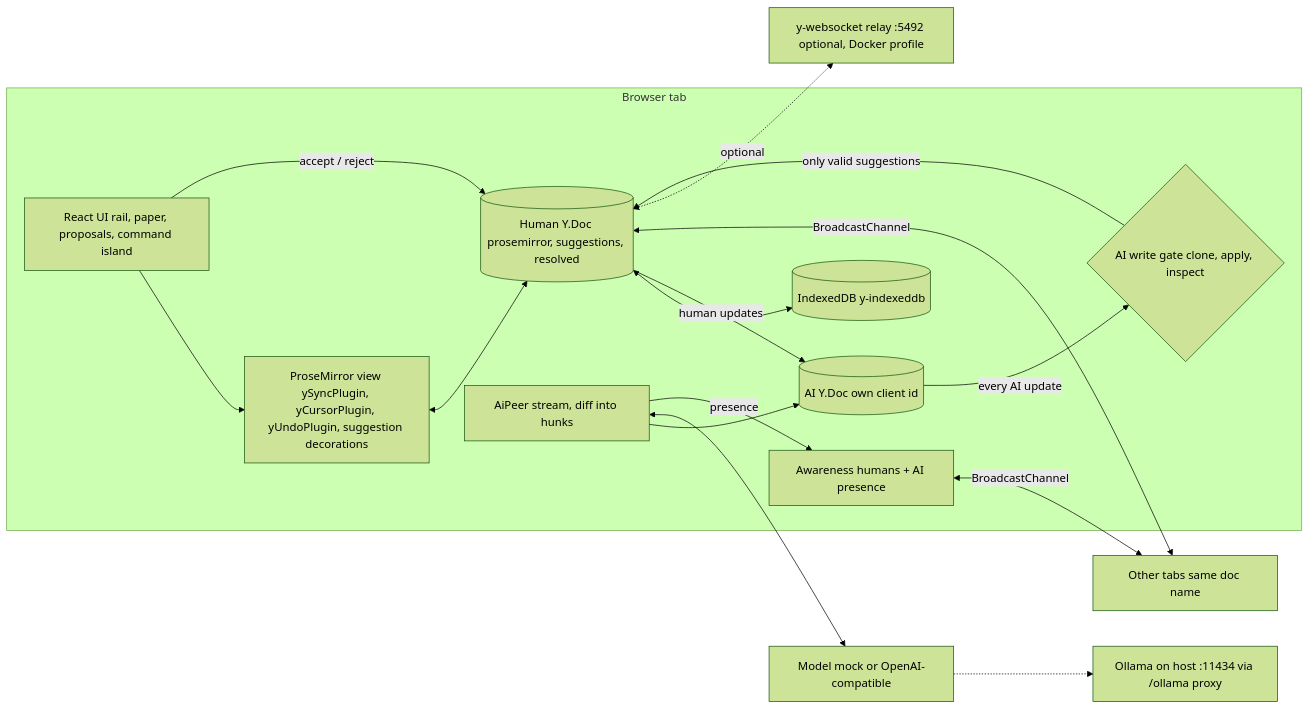
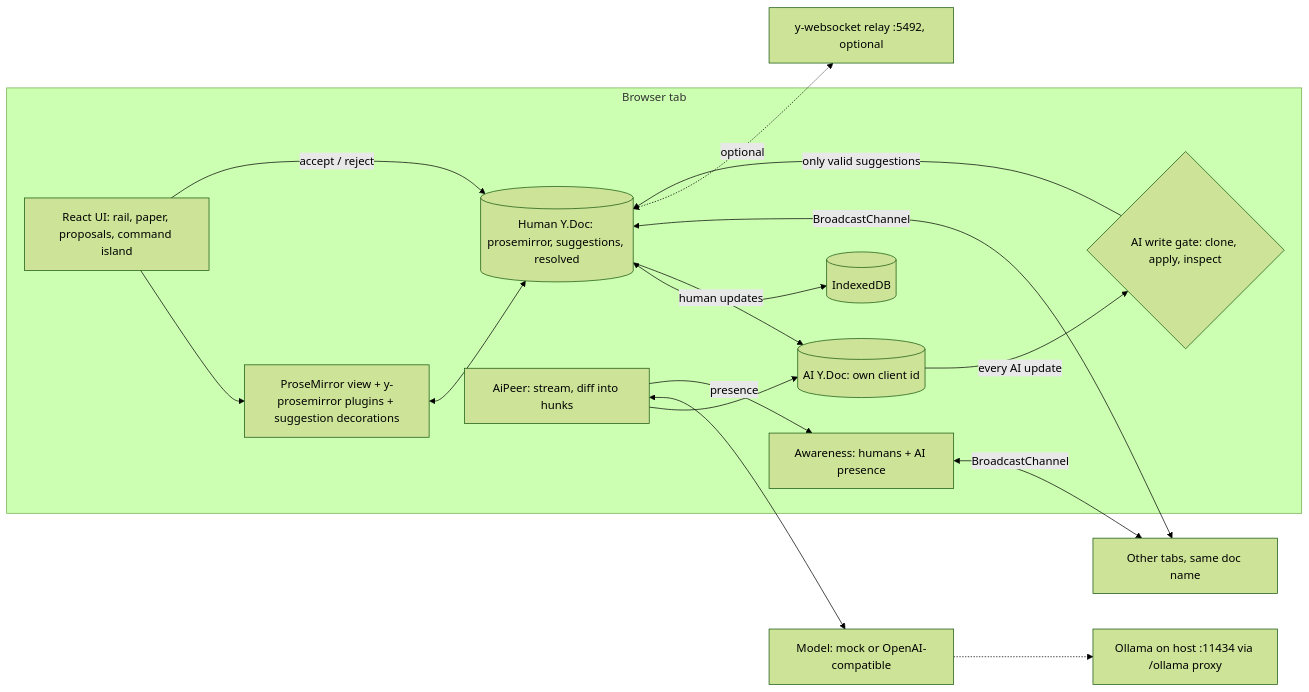
Before and after one commit to sathwikbairaboina2/co-author: the diagram in docs/DEVDOCS.md, drawn with Mermaid (forest theme). The commit also changed other lines of this file and 2 other files, not shown here.

````diff
--- a/docs/DEVDOCS.md
+++ b/docs/DEVDOCS.md
@@ -26,32 +37,32 @@
 ```mermaid
 flowchart LR
   subgraph Tab["Browser tab"]
-    UI["React UI rail, paper, proposals, command island"]
-    PM["ProseMirror view ySyncPlugin, yCursorPlugin, yUndoPlugin, suggestion decorations"]
-    HD[("Human Y.Doc prosemirror, suggestions, resolved")]
-    AW["Awareness humans + AI presence"]
-    GATE{"AI write gate clone, apply, inspect"}
-    AID[("AI Y.Doc own client id")]
-    AIP["AiPeer stream, diff into hunks"]
-    IDB[("IndexedDB y-indexeddb")]
+    UI["React UI: rail, paper, proposals, command island"]
+    PM["ProseMirror view + y-prosemirror plugins + suggestion decorations"]
+    HD[("Human Y.Doc: prosemirror, suggestions, resolved")]
+    AW["Awareness: humans + AI presence"]
+    GATE{"AI write gate: clone, apply, inspect"}
+    AID[("AI Y.Doc: own client id")]
+    AIP["AiPeer: stream, diff into hunks"]
+    IDB[("IndexedDB")]
   end
-  MODEL["Model mock or OpenAI-compatible"]
+  MODEL["Model: mock or OpenAI-compatible"]
   OLLAMA["Ollama on host :11434 via /ollama proxy"]
-  OTHER["Other tabs same doc name"]
-  RELAY["y-websocket relay :5492 optional, Docker profile"]
+  OTHER["Other tabs, same doc name"]
+  RELAY["y-websocket relay :5492, optional"]
 
   UI --> PM
   PM <--> HD
   HD <--> IDB
   HD -- "human updates" --> AID
   AID -- "every AI update" --> GATE
   GATE -- "only valid suggestions" --> HD
   AIP --> AID
   AIP <--> MODEL
   MODEL -.-> OLLAMA
   AIP -- "presence" --> AW
   HD <-- "BroadcastChannel" --> OTHER
   AW <-- "BroadcastChannel" --> OTHER
   HD <-. "optional" .-> RELAY
   UI -- "accept / reject" --> HD
 ```
````
